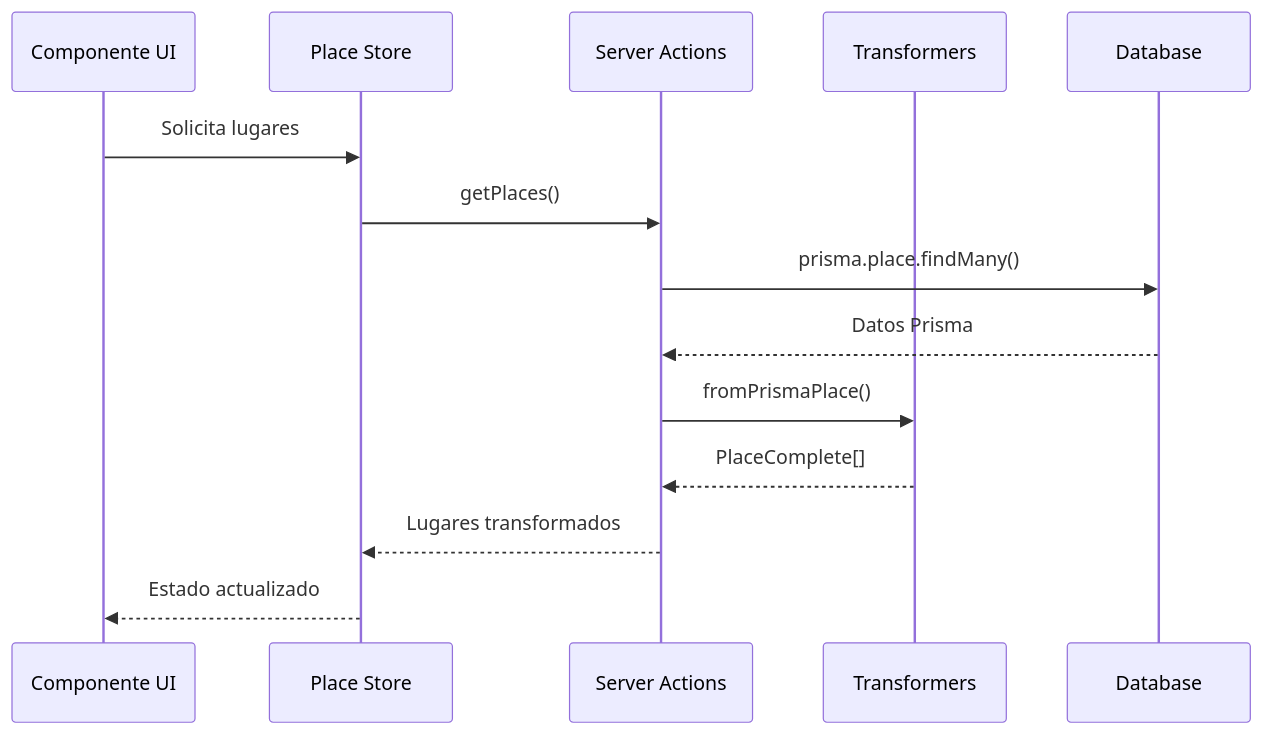
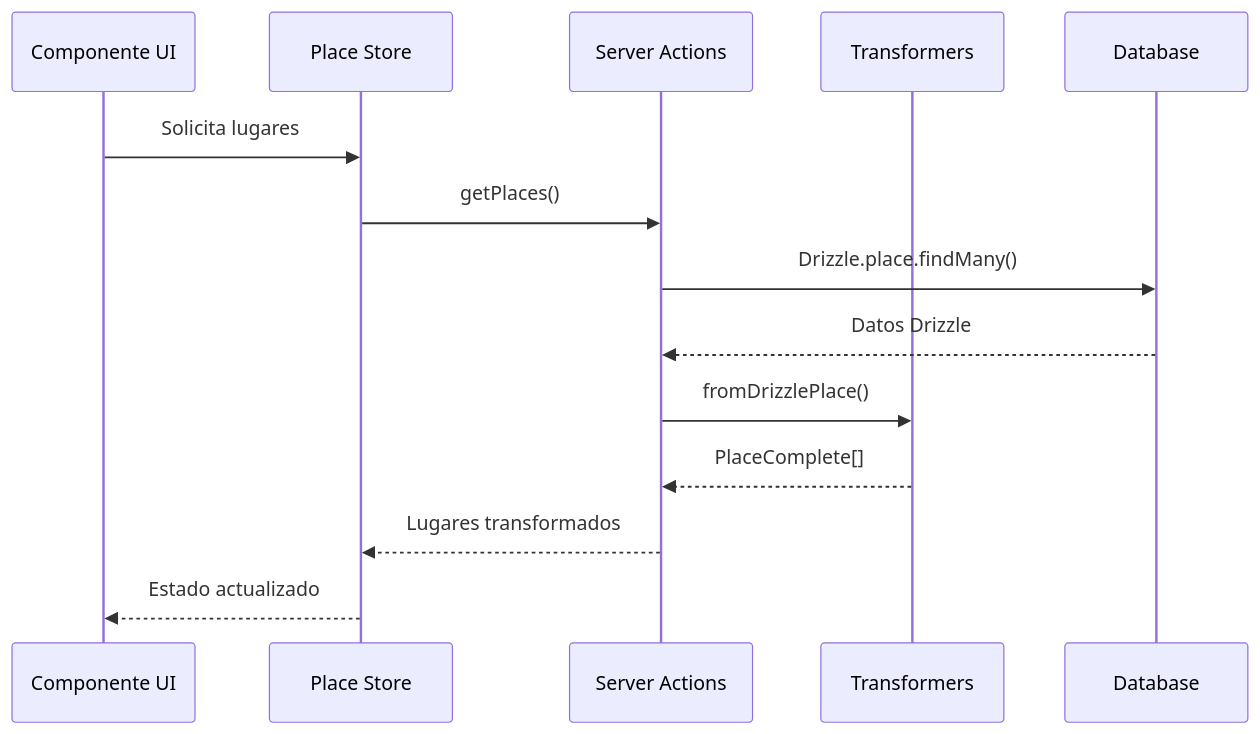
The second of 2 diagrams in src/transformers/place/README.md (gvastethecreator/media-manager), drawn with Mermaid before and after one commit. The commit also changed other lines of this file and 81 other files, not shown here.

````diff
--- a/src/transformers/place/README.md
+++ b/src/transformers/place/README.md
@@ -67,17 +67,17 @@
 ```mermaid
 sequenceDiagram
     participant UI as Componente UI
     participant Store as Place Store
     participant Actions as Server Actions
     participant Transform as Transformers
     participant DB as Database
 
     UI->>Store: Solicita lugares
     Store->>Actions: getPlaces()
-    Actions->>DB: prisma.place.findMany()
-    DB-->>Actions: Datos Prisma
-    Actions->>Transform: fromPrismaPlace()
+    Actions->>DB: Drizzle.place.findMany()
+    DB-->>Actions: Datos Drizzle
+    Actions->>Transform: fromDrizzlePlace()
     Transform-->>Actions: PlaceComplete[]
     Actions-->>Store: Lugares transformados
     Store-->>UI: Estado actualizado
 ```
````
